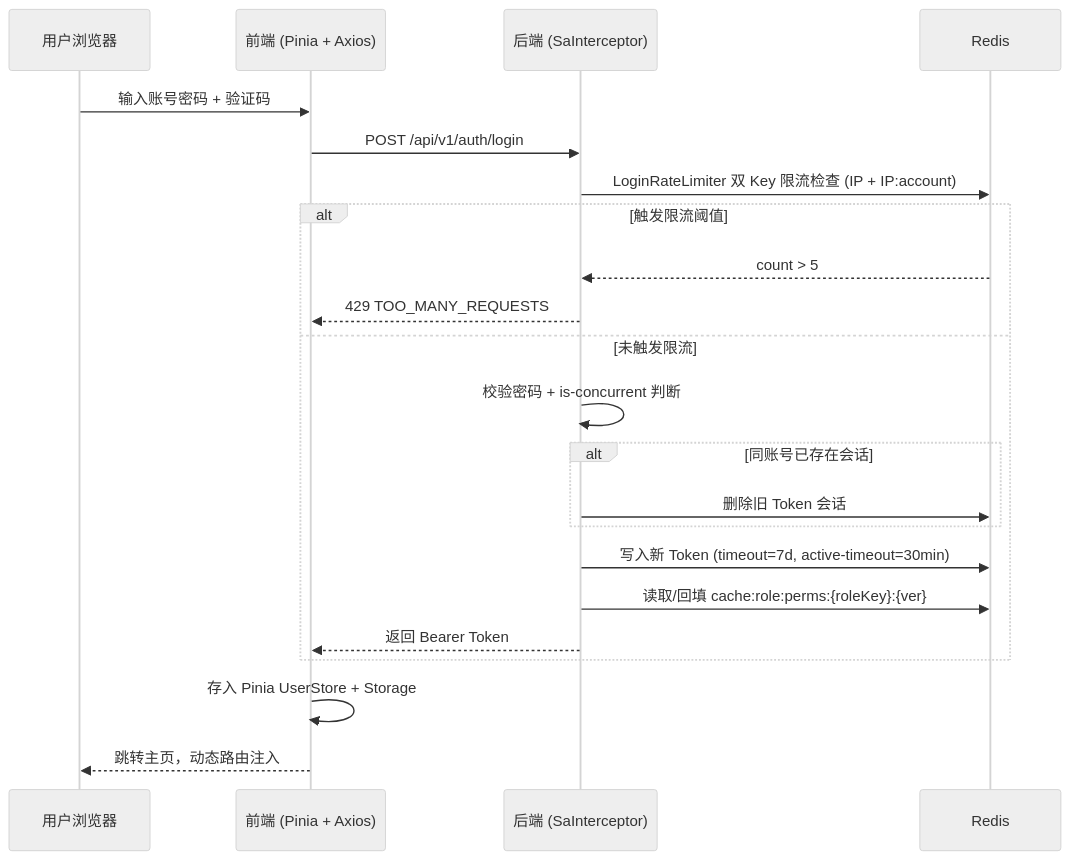
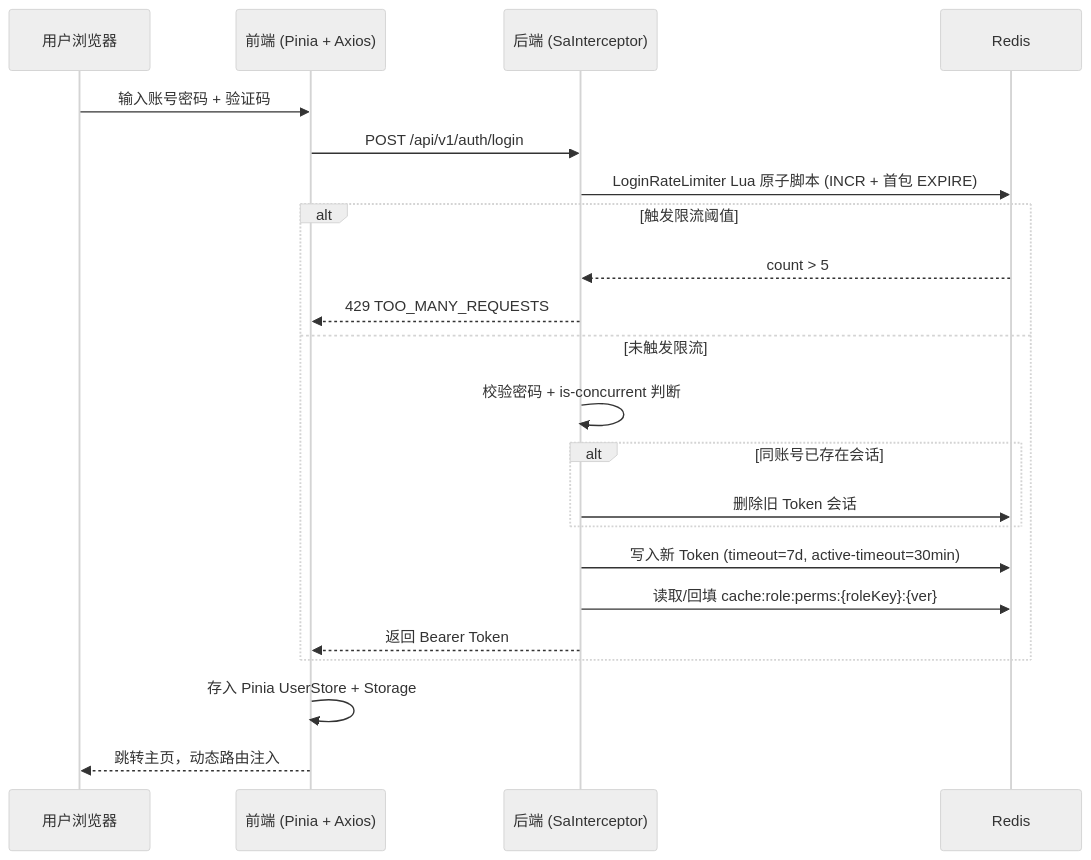
One commit to qsf0414/digital-employee-java changed the second of 4 diagrams in docs/RBAC架构.md. Above: the diagram before and after it, drawn with Mermaid (neutral theme). The commit also changed other lines of this file, not shown here.

````diff
--- a/docs/RBAC架构.md
+++ b/docs/RBAC架构.md
@@ -49,25 +49,25 @@
 ```mermaid
 sequenceDiagram
     participant U as 用户浏览器
     participant FE as 前端 (Pinia + Axios)
     participant BE as 后端 (SaInterceptor)
     participant Redis as Redis
 
     U->>FE: 输入账号密码 + 验证码
     FE->>BE: POST /api/v1/auth/login
-    BE->>Redis: LoginRateLimiter 双 Key 限流检查 (IP + IP:account)
+    BE->>Redis: LoginRateLimiter Lua 原子脚本 (INCR + 首包 EXPIRE)
     alt 触发限流阈值
         Redis-->>BE: count > 5
         BE-->>FE: 429 TOO_MANY_REQUESTS
     else 未触发限流
         BE->>BE: 校验密码 + is-concurrent 判断
         alt 同账号已存在会话
             BE->>Redis: 删除旧 Token 会话
         end
         BE->>Redis: 写入新 Token (timeout=7d, active-timeout=30min)
         BE->>Redis: 读取/回填 cache:role:perms:{roleKey}:{ver}
         BE-->>FE: 返回 Bearer Token
     end
     FE->>FE: 存入 Pinia UserStore + Storage
     FE-->>U: 跳转主页，动态路由注入
 ```
````
